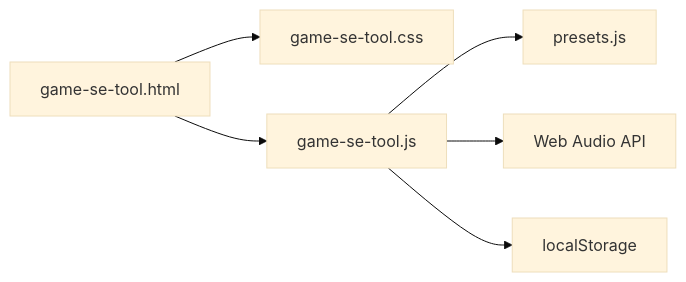
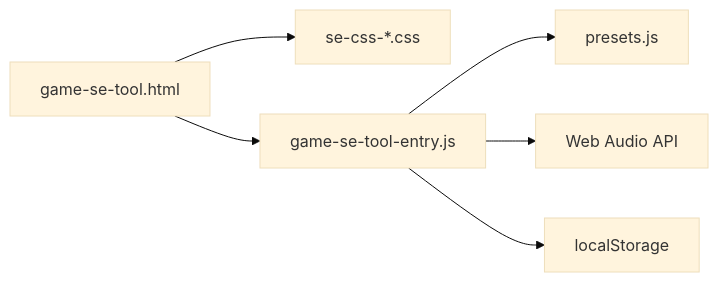
Before and after one commit to WOCae/SEgene: the diagram in ARCHITECTURE.md, drawn with Mermaid (base theme). The commit also changed other lines of this file and 17 other files, not shown here.

First line of the commit message:
refactor: split game SE tool into modules and functional CSS

````diff
--- a/ARCHITECTURE.md
+++ b/ARCHITECTURE.md
@@ -22,12 +34,12 @@
 ```mermaid
 flowchart LR
   UI[game-se-tool.html]
-  CSS[game-se-tool.css]
-  JS[game-se-tool.js]
+  CSS[se-css-*.css]
+  JS[game-se-tool-entry.js]
   PRE[presets.js]
   UI --> CSS
   UI --> JS
   JS --> PRE
   JS --> WebAudio[Web Audio API]
   JS --> LS[localStorage]
 ```
````
